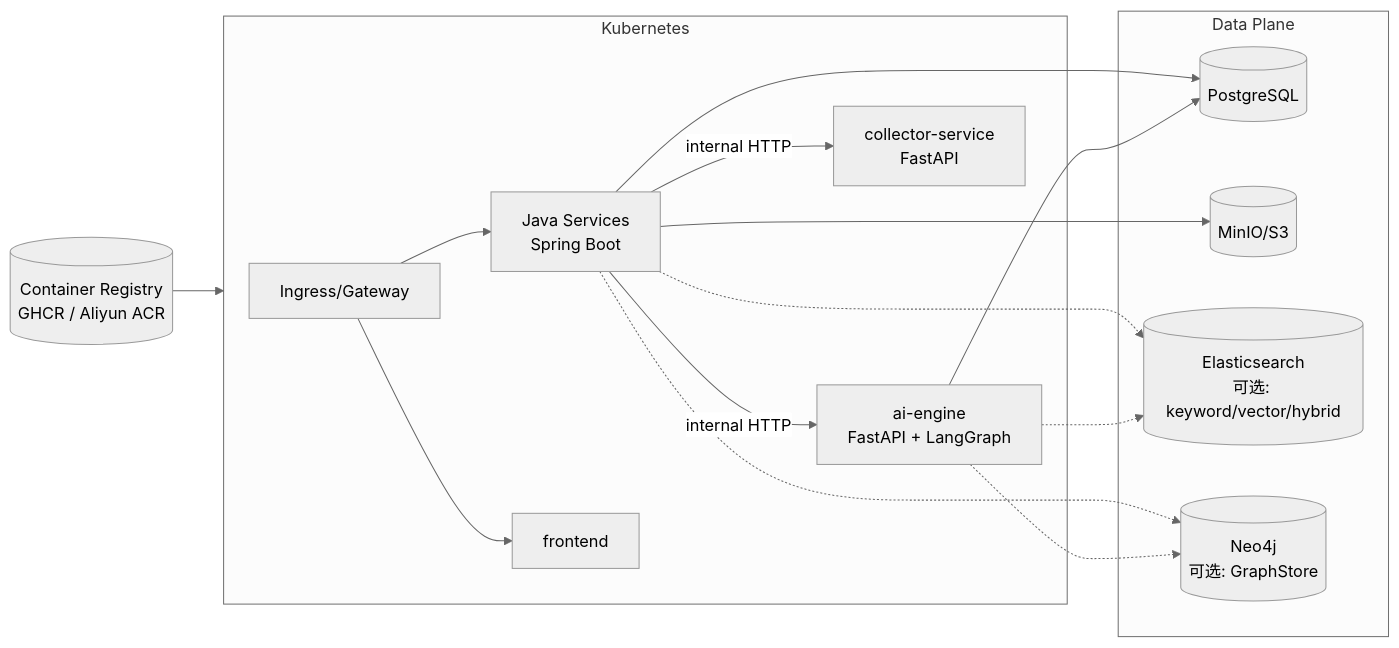
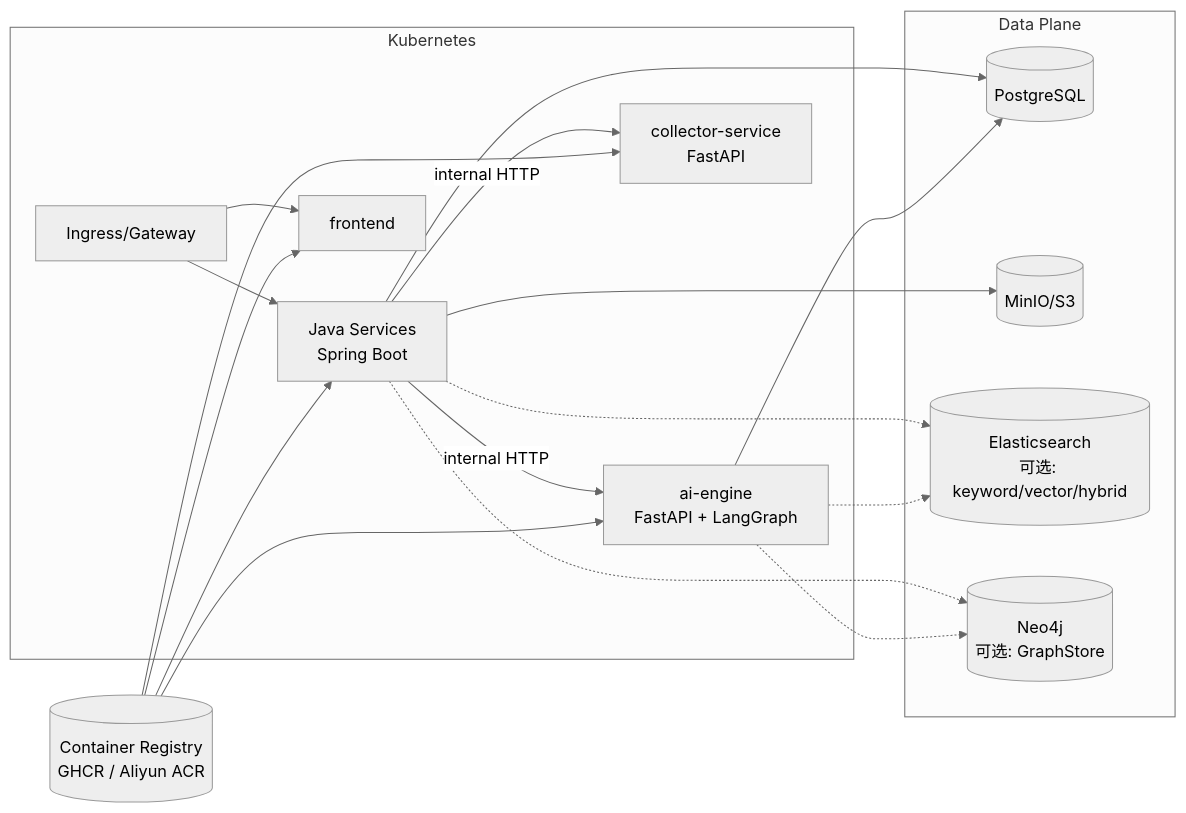
Before and after one commit to lawseekdog/docs: the second of 2 diagrams in index.md, drawn with Mermaid (neutral theme).

Commit message:
fix(docs): resolve Mermaid subgraph edge syntax error

````diff
--- a/index.md
+++ b/index.md
@@ -88,26 +88,30 @@
 ```mermaid
 flowchart LR
   subgraph k8s[Kubernetes]
     ingress[Ingress/Gateway] --> svc[Java Services<br/>Spring Boot]
     ingress --> fePod[frontend]
     svc -->|internal HTTP| ai[ai-engine<br/>FastAPI + LangGraph]
     svc -->|internal HTTP| col[collector-service<br/>FastAPI]
   end
 
   subgraph data[Data Plane]
     pg[(PostgreSQL)]
     minio[(MinIO/S3)]
     es[(Elasticsearch<br/>可选: keyword/vector/hybrid)]
     neo4j[(Neo4j<br/>可选: GraphStore)]
   end
 
   svc --> pg
   ai --> pg
   svc --> minio
   svc -.-> es
   svc -.-> neo4j
   ai -.-> es
   ai -.-> neo4j
 
-  cr[(Container Registry<br/>GHCR / Aliyun ACR)] --> k8s
+  %% Mermaid 不支持直接连到 subgraph（会触发 syntax error）；改为连接到 subgraph 内的工作负载节点。
+  cr[(Container Registry<br/>GHCR / Aliyun ACR)] --> svc
+  cr --> ai
+  cr --> col
+  cr --> fePod
 ```
````
